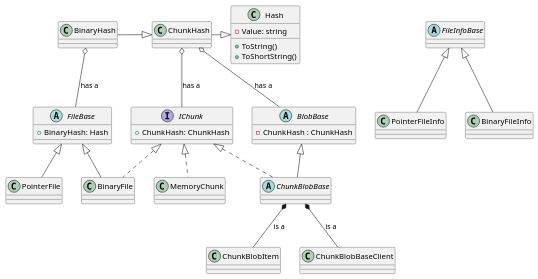
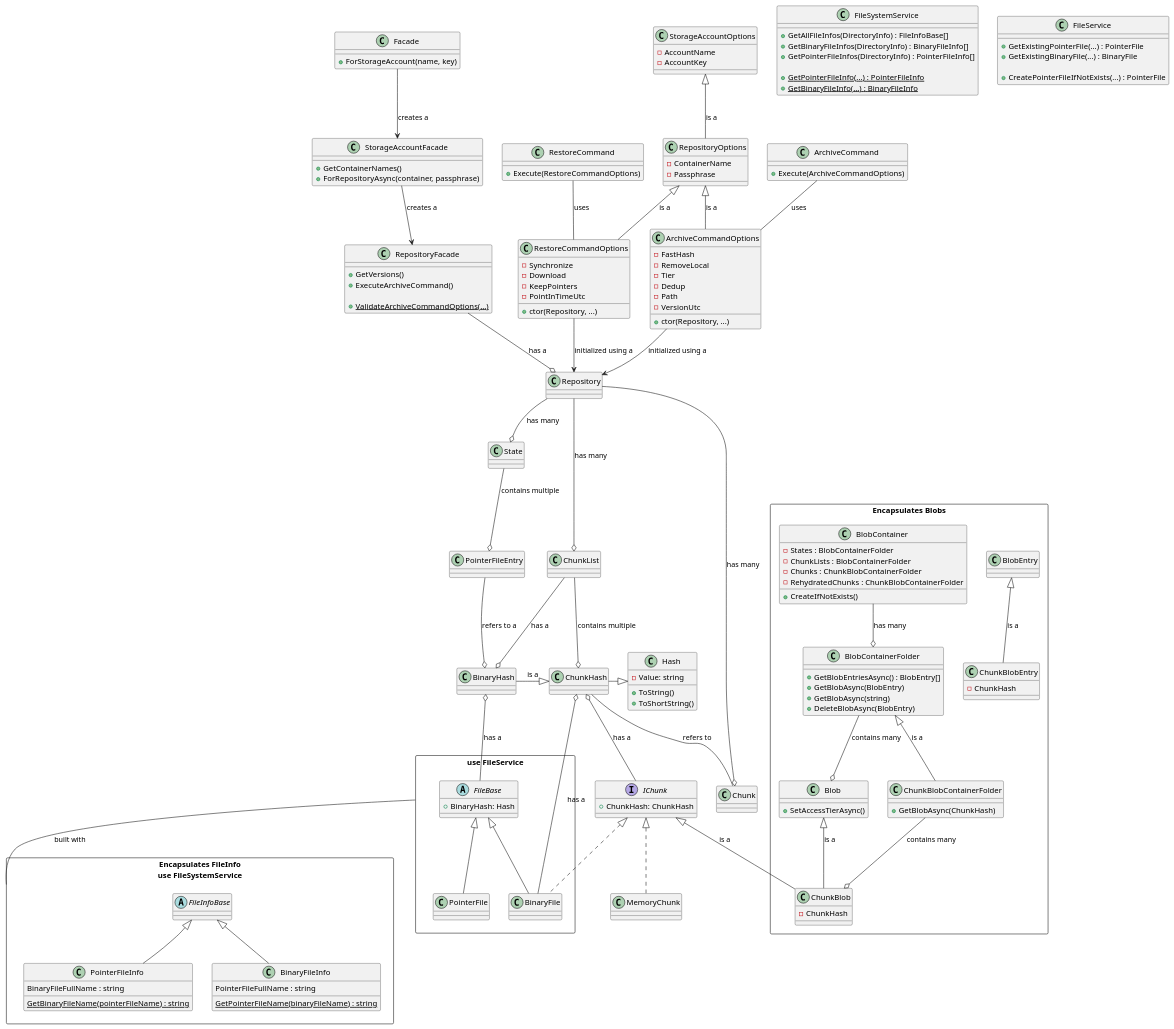
The diagram in docs/classdiagram.puml (woutervanranst/Arius), drawn with PlantUML before and after one commit. The commit also changed 79 other files, not shown here.

```diff
--- a/docs/classdiagram.puml
+++ b/docs/classdiagram.puml
@@ -1,53 +1,165 @@
 @startuml
 
-abstract class FileBase{
-    +BinaryHash: Hash
+' --- MODELS
+
+rectangle "use FileService" as FileServiceGroup {
+    abstract class FileBase{
+        +BinaryHash: Hash
+    }
+    class PointerFile
+    class BinaryFile
 }
-
-class PointerFile{
-}
-
-class BinaryFile{
-}
-
 
 interface IChunk{
     +ChunkHash: ChunkHash
 }
-
-class MemoryChunk {
-}
+class MemoryChunk
 
 class Hash {
  -Value: string
  +ToString()
  +ToShortString()
 }
+class ChunkHash
+class BinaryHash
 
-class ChunkHash {
+rectangle "Encapsulates FileInfo\nuse FileSystemService" as FileSystemServiceGroup {
+    abstract class FileInfoBase
+    class PointerFileInfo {
+        BinaryFileFullName : string
+        {static} GetBinaryFileName(pointerFileName) : string
+    }
+    class BinaryFileInfo {
+        PointerFileFullName : string
+        {static} GetPointerFileName(binaryFileName) : string
+    }
 }
 
-class BinaryHash {
+class FileSystemService {
+    + GetAllFileInfos(DirectoryInfo) : FileInfoBase[]
+    + GetBinaryFileInfos(DirectoryInfo) : BinaryFileInfo[]
+    + GetPointerFileInfos(DirectoryInfo) : PointerFileInfo[]
+
+    + {static} GetPointerFileInfo(...) : PointerFileInfo
+    + {static} GetBinaryFileInfo(...) : BinaryFileInfo
+}
+
+class FileService {
+    + GetExistingPointerFile(...) : PointerFile
+    + GetExistingBinaryFile(...) : BinaryFile
+
+    + CreatePointerFileIfNotExists(...) : PointerFile
 }
 
 
-abstract class BlobBase {
- - ChunkHash : ChunkHash
+' --- OPERATIONS 
+class Facade {
+ + ForStorageAccount(name, key)
 }
 
-abstract class ChunkBlobBase {
-}
-class ChunkBlobItem {
-}
-class ChunkBlobBaseClient {
+class StorageAccountFacade {
+ + GetContainerNames()
+ + ForRepositoryAsync(container, passphrase)
 }
 
-abstract class FileInfoBase{
+class RepositoryFacade {
+ + GetVersions()
+ + ExecuteArchiveCommand()
+
+ + {static} ValidateArchiveCommandOptions(...)
 }
-class PointerFileInfo{
+
+class Repository
+
+class StorageAccountOptions {
+ - AccountName
+ - AccountKey
 }
-class BinaryFileInfo{
+
+class RepositoryOptions {
+ - ContainerName
+ - Passphrase
 }
+
+' -- BLOBS
+
+rectangle "Encapsulates Blobs" {
+
+    class BlobContainer {
+        - States : BlobContainerFolder
+        - ChunkLists : BlobContainerFolder
+        - Chunks : ChunkBlobContainerFolder
+        - RehydratedChunks : ChunkBlobContainerFolder
+        + CreateIfNotExists()
+    }
+
+    class BlobContainerFolder {
+        + GetBlobEntriesAsync() : BlobEntry[]
+        + GetBlobAsync(BlobEntry)
+        + GetBlobAsync(string)
+        + DeleteBlobAsync(BlobEntry)
+    }
+
+    class BlobEntry
+    class Blob {
+        + SetAccessTierAsync()
+    }
+
+    class ChunkBlobContainerFolder {
+        + GetBlobAsync(ChunkHash)
+    }
+    class ChunkBlobEntry {
+        - ChunkHash
+    }
+    class ChunkBlob {
+        - ChunkHash
+    }
+}
+
+class ArchiveCommandOptions {
+ - FastHash
+ - RemoveLocal
+ - Tier
+ - Dedup
+ - Path
+ - VersionUtc
+ + ctor(Repository, ...)
+}
+
+class ArchiveCommand {
+ + Execute(ArchiveCommandOptions)
+}
+
+class RestoreCommandOptions {
+    - Synchronize
+    - Download
+    - KeepPointers
+    - PointInTimeUtc
+    + ctor(Repository, ...)
+}
+
+class RestoreCommand {
+    + Execute(RestoreCommandOptions)
+}
+
+
+' --- MODELS RELATIONSHIPS
+Repository --o ChunkList : "has many"
+Repository --o Chunk : "has many"
+Repository --o State : "has many"
+
+ChunkList --o ChunkHash : "contains multiple"
+ChunkHash -- Chunk : "refers to"
+
+State --o PointerFileEntry : "contains multiple"
+
+PointerFileEntry --o BinaryHash : "refers to a"
+
+ChunkList --o BinaryHash : "has a"
+
+FileBase -u-o BinaryHash : "has a"
+
+BinaryFile --o ChunkHash : "has a"
 
 
 FileBase <|-- PointerFile
@@ -57,20 +169,46 @@
 
 IChunk <|.. MemoryChunk
 
-ChunkBlobBase -u-|> BlobBase
-ChunkBlobBase .u.|> IChunk
-ChunkBlobItem -u-* ChunkBlobBase : "is a"
-ChunkBlobBaseClient -u-* ChunkBlobBase : "is a"
+ChunkHash -r-|> Hash
+BinaryHash -r-|> ChunkHash : "is a"
 
-ChunkHash -r-|> Hash
-BinaryHash -r-|> ChunkHash
-
-FileBase -u-o BinaryHash : "has a"
 IChunk -u-o ChunkHash : "has a"
-BlobBase -u-o ChunkHash : "has a"
 
 
 FileInfoBase<|-- PointerFileInfo
 FileInfoBase<|-- BinaryFileInfo
 
+' --- OPERATIONS RELATIONSHIPS
+Facade --> StorageAccountFacade : "creates a"
+StorageAccountFacade --> RepositoryFacade : "creates a"
+RepositoryFacade --o Repository : "has a"
+
+RepositoryOptions -u-|> StorageAccountOptions : "is a"
+
+ArchiveCommandOptions -u-|> RepositoryOptions : "is a"
+ArchiveCommandOptions --> Repository : "initialized using a"
+
+ArchiveCommand -- ArchiveCommandOptions : "uses"
+
+RestoreCommandOptions -u-|> RepositoryOptions : "is a"
+RestoreCommandOptions --> Repository : "initialized using a"
+
+RestoreCommand -- RestoreCommandOptions : "uses"
+
+
+FileSystemServiceGroup -u- FileServiceGroup : "built with"
+
+' --- BLOB RELATIONSHIPS
+
+BlobContainer --o BlobContainerFolder : "has many"
+
+BlobContainerFolder --o Blob : "contains many"
+ChunkBlobContainerFolder --o ChunkBlob : "contains many"
+
+ChunkBlobContainerFolder -u-|> BlobContainerFolder : "is a"
+ChunkBlobEntry -u-|> BlobEntry : "is a"
+ChunkBlob -u-|> Blob : "is a"
+
+ChunkBlob -u-|> IChunk : "is a"
+
 @enduml
```
